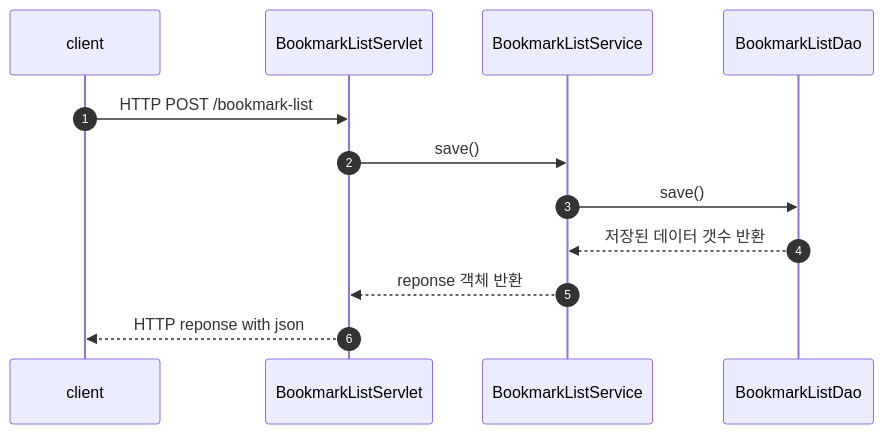
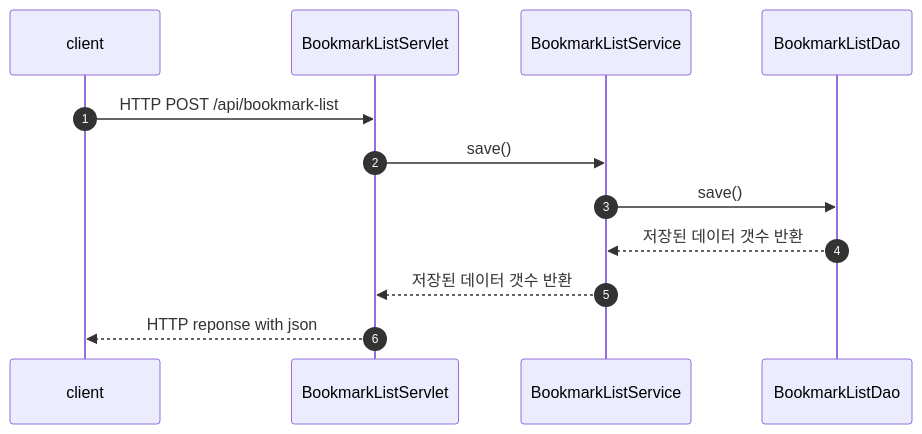
Before and after one commit to kimJH47/wifiServer: diagram 11 of 13 in readme.md, drawn with Mermaid. The commit also changed other lines of this file, not shown here.

Commit message:
fix: flow chart, api 명세 수정

````diff
--- a/readme.md
+++ b/readme.md
@@ -207,16 +209,16 @@
 ```mermaid
     sequenceDiagram
     autonumber
     participant client
     participant BookmarkListServlet
     participant BookmarkListService
     participant BookmarkListDao
 
-    client->> BookmarkListServlet: HTTP POST /bookmark-list
+    client->> BookmarkListServlet: HTTP POST /api/bookmark-list
     BookmarkListServlet->> BookmarkListService: save()
     BookmarkListService->> BookmarkListDao: save()
     BookmarkListDao-->>BookmarkListService: 저장된 데이터 갯수 반환
-    BookmarkListService-->>BookmarkListServlet: reponse 객체 반환
+    BookmarkListService-->>BookmarkListServlet: 저장된 데이터 갯수 반환
     BookmarkListServlet-->> client : HTTP reponse with json
     
 ```
````
